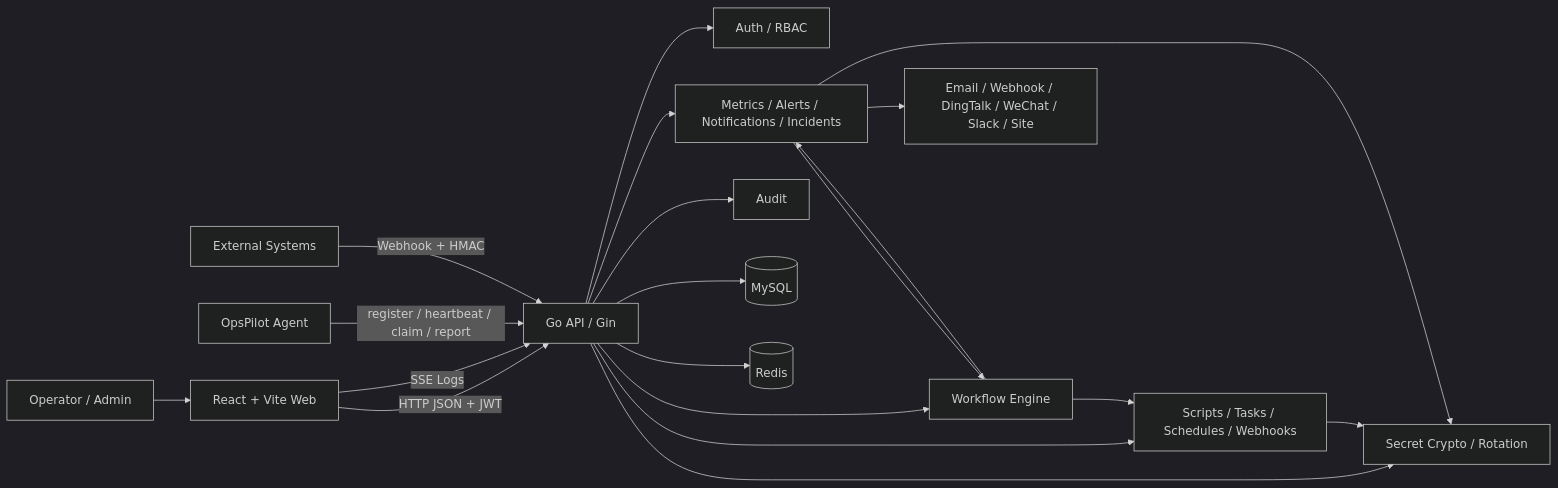
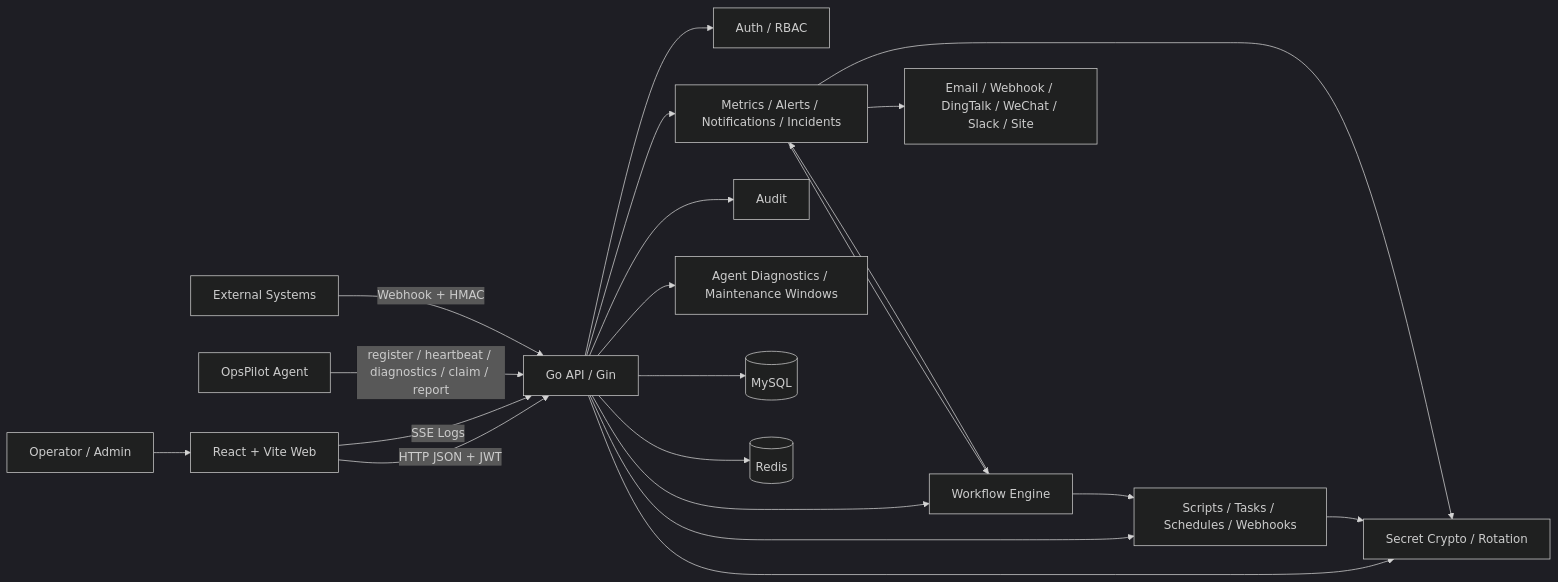
Before and after one commit to Zhenmeng8023/OpsPilot: the first of 5 diagrams in docs/UML/core-uml-v1.0-update.en.md, drawn with Mermaid (dark theme). The commit also changed other lines of this file and 12 other files, not shown here.

Commit message:
完善 V1.0 Agent Fleet 运维能力

````diff
--- a/docs/UML/core-uml-v1.0-update.en.md
+++ b/docs/UML/core-uml-v1.0-update.en.md
@@ -39,26 +39,27 @@
 ```mermaid
 flowchart LR
   Admin["Operator / Admin"] --> Web["React + Vite Web"]
   Web -->|"HTTP JSON + JWT"| API["Go API / Gin"]
   Web -->|"SSE Logs"| API
 
-  Agent["OpsPilot Agent"] -->|"register / heartbeat / claim / report"| API
+  Agent["OpsPilot Agent"] -->|"register / heartbeat / diagnostics / claim / report"| API
   External["External Systems"] -->|"Webhook + HMAC"| API
 
   API --> Auth["Auth / RBAC"]
   API --> Ops["Scripts / Tasks / Schedules / Webhooks"]
   API --> Monitor["Metrics / Alerts / Notifications / Incidents"]
   API --> Flow["Workflow Engine"]
   API --> Secret["Secret Crypto / Rotation"]
   API --> Audit["Audit"]
+  API --> Fleet["Agent Diagnostics / Maintenance Windows"]
 
   Flow --> Ops
   Flow --> Monitor
   Monitor --> Flow
   Ops --> Secret
   Monitor --> Secret
 
   API --> MySQL[("MySQL")]
   API --> Redis[("Redis")]
   Monitor --> Channels["Email / Webhook / DingTalk / WeChat / Slack / Site"]
 ```
````
